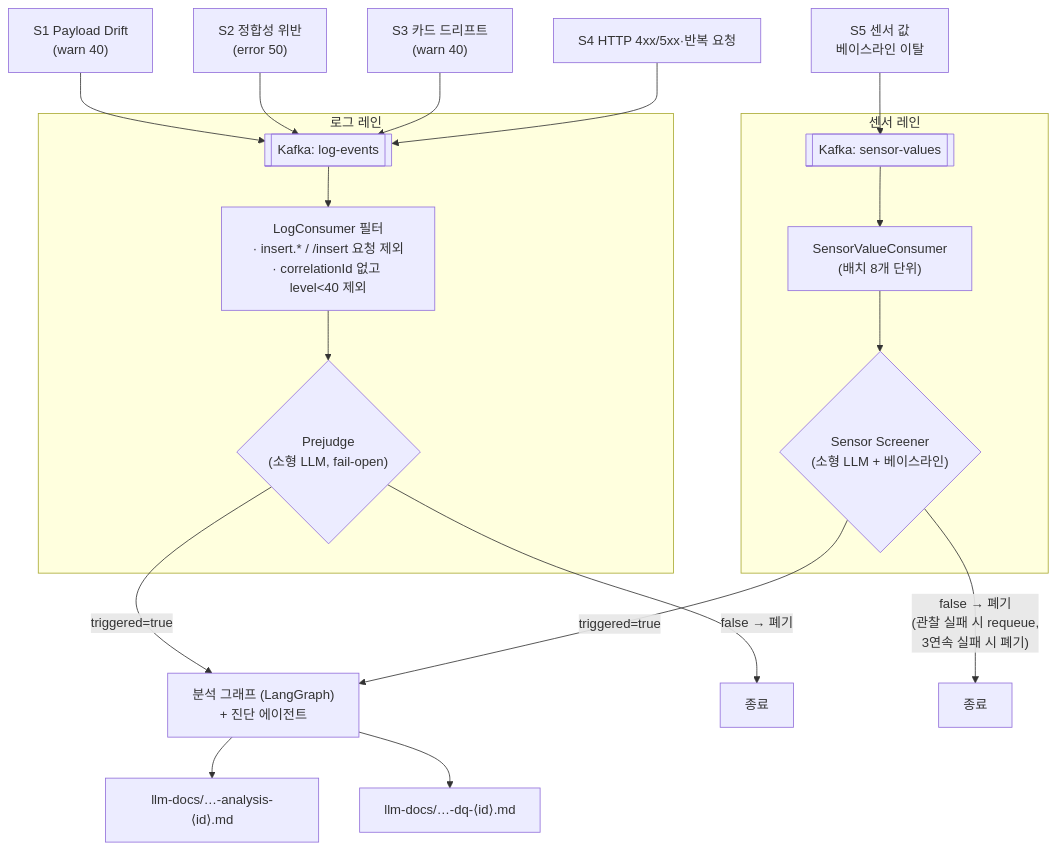
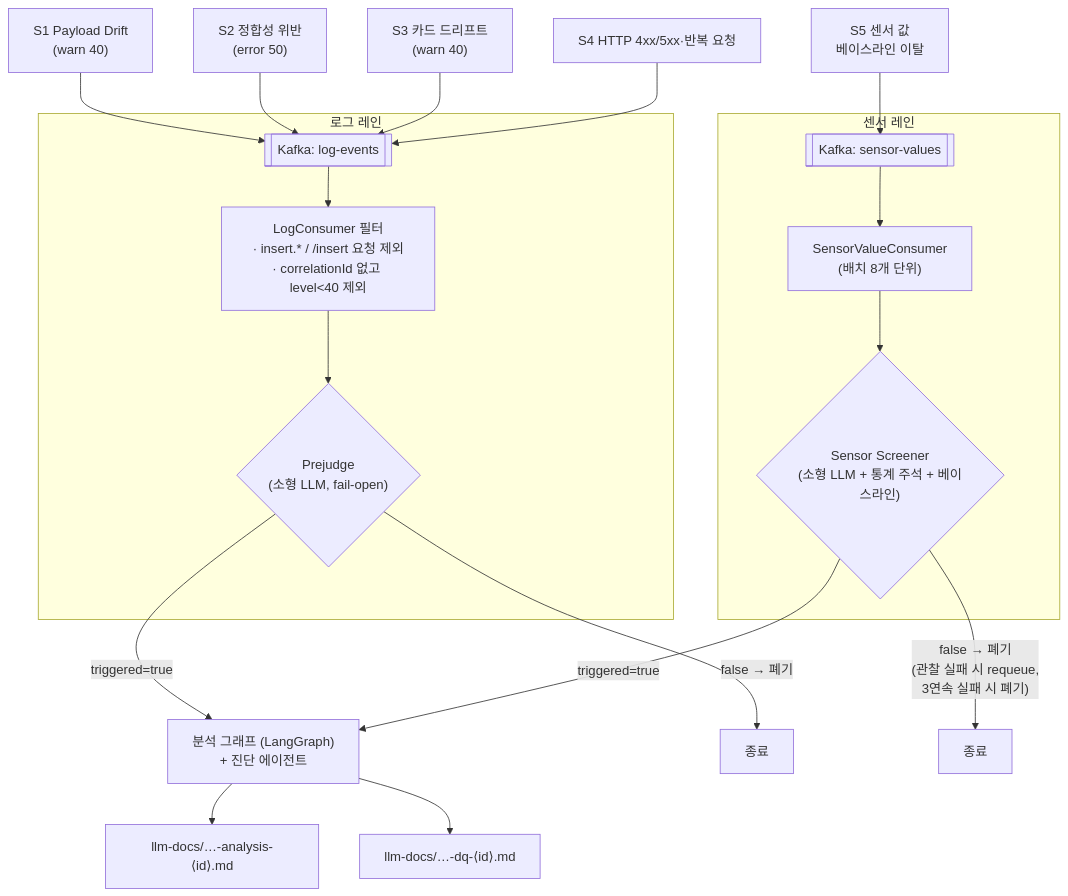
The third of 10 diagrams in docs/architecture/self-adaptive-cqrs-아키텍처.md (MoonDongmin/self-adaptive-cqrs), drawn with Mermaid before and after one commit. The commit also changed other lines of this file and 31 other files, not shown here.

````diff
--- a/docs/architecture/self-adaptive-cqrs-아키텍처.md
+++ b/docs/architecture/self-adaptive-cqrs-아키텍처.md
@@ -180,34 +180,34 @@
 ```mermaid
 flowchart TB
   S1["S1 Payload Drift<br/>(warn 40)"]
   S2["S2 정합성 위반<br/>(error 50)"]
   S3["S3 카드 드리프트<br/>(warn 40)"]
   S4["S4 HTTP 4xx/5xx·반복 요청"]
   S5["S5 센서 값<br/>베이스라인 이탈"]
 
   subgraph LANE1["로그 레인"]
     K1[["Kafka: log-events"]]
     F1["LogConsumer 필터<br/>· insert.* / /insert 요청 제외<br/>· correlationId 없고 level<40 제외"]
     P1{"Prejudge<br/>(소형 LLM, fail-open)"}
     K1 --> F1 --> P1
   end
 
   subgraph LANE2["센서 레인"]
     K2[["Kafka: sensor-values"]]
     F2["SensorValueConsumer<br/>(배치 8개 단위)"]
-    P2{"Sensor Screener<br/>(소형 LLM + 베이스라인)"}
+    P2{"Sensor Screener<br/>(소형 LLM + 통계 주석 + 베이스라인)"}
     K2 --> F2 --> P2
   end
 
   S1 & S2 & S3 & S4 --> K1
   S5 --> K2
 
   G["분석 그래프 (LangGraph)<br/>+ 진단 에이전트"]
   P1 -->|"triggered=true"| G
   P2 -->|"triggered=true"| G
   P1 -->|"false → 폐기"| X1["종료"]
   P2 -->|"false → 폐기<br/>(관찰 실패 시 requeue,<br/>3연속 실패 시 폐기)"| X2["종료"]
 
   G --> D1["llm-docs/…-analysis-⟨id⟩.md"]
   G --> D2["llm-docs/…-dq-⟨id⟩.md"]
 ```
````
